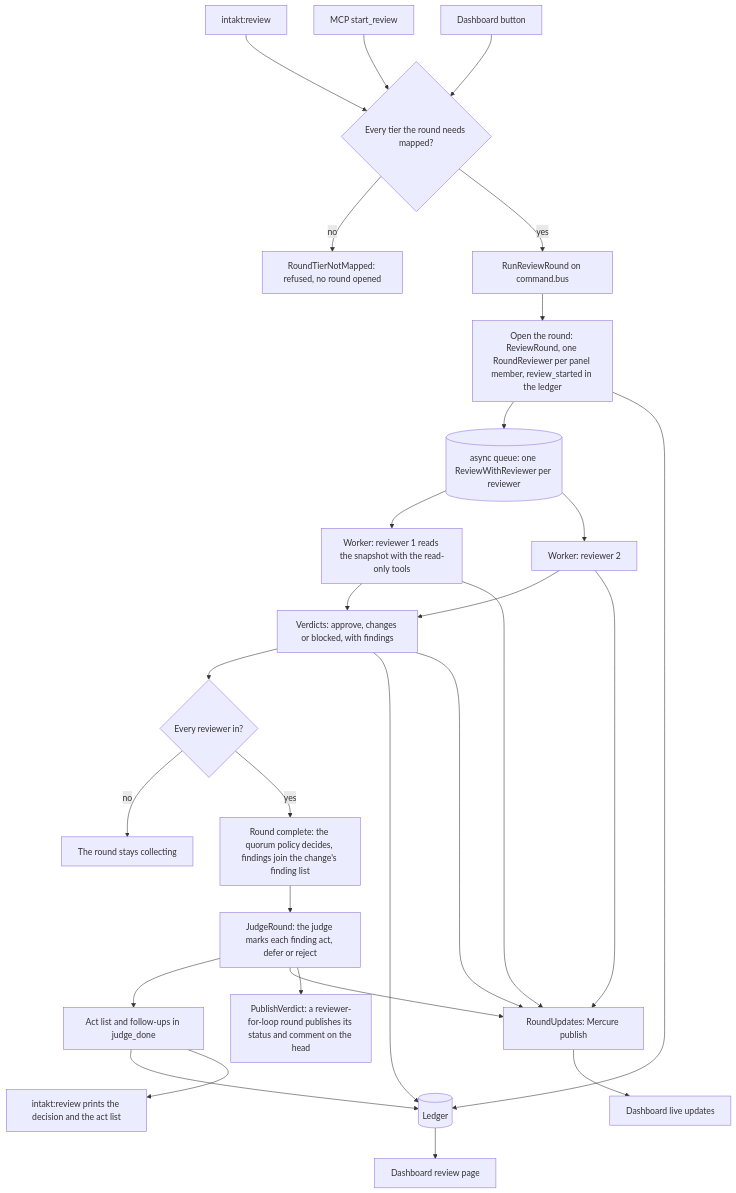
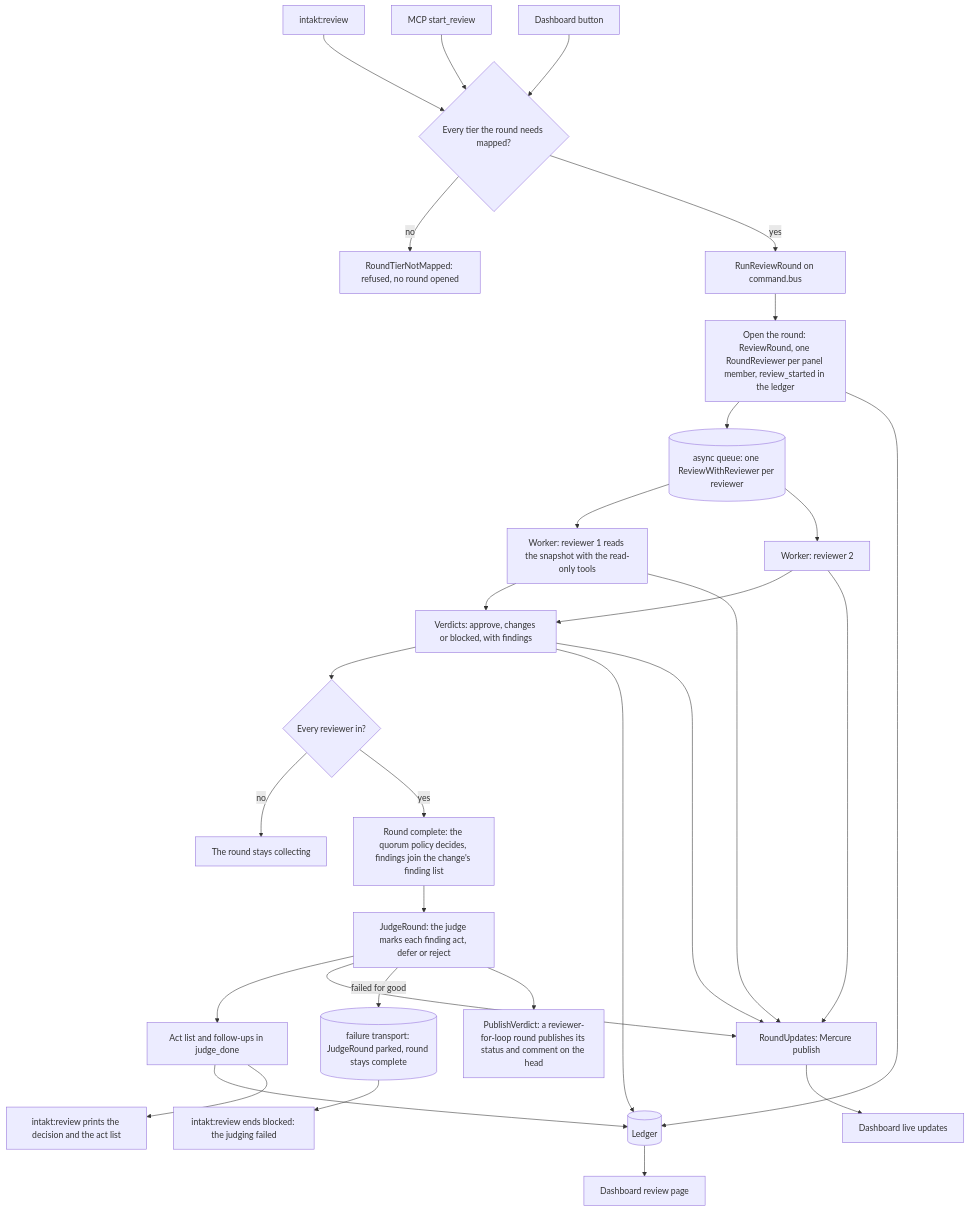
The diagram in docs/architecture/review-flow.md (shinyredapples/intakt), drawn with Mermaid before and after one commit. The commit also changed other lines of this file and 1 other file, not shown here.

Commit message:
docs(review): show the failed judging in the review flow and the round docs

````diff
--- a/docs/architecture/review-flow.md
+++ b/docs/architecture/review-flow.md
@@ -5,29 +5,31 @@
 ```mermaid
 flowchart TD
     cli["intakt:review"] --> start
     mcp["MCP start_review"] --> start
     btn["Dashboard button"] --> start
     start{"Every tier the round needs mapped?"} -->|no| refused["RoundTierNotMapped: refused, no round opened"]
     start -->|yes| run["RunReviewRound on command.bus"] --> open["Open the round: ReviewRound, one RoundReviewer per panel member, review_started in the ledger"]
     open --> queue[("async queue: one ReviewWithReviewer per reviewer")]
     queue --> w1["Worker: reviewer 1 reads the snapshot with the read-only tools"]
     queue --> w2["Worker: reviewer 2"]
     w1 --> verdicts["Verdicts: approve, changes or blocked, with findings"]
     w2 --> verdicts
     verdicts --> complete{"Every reviewer in?"}
     complete -->|no| wait["The round stays collecting"]
     complete -->|yes| quorum["Round complete: the quorum policy decides, findings join the change's finding list"]
     quorum --> judge["JudgeRound: the judge marks each finding act, defer or reject"]
     judge --> act["Act list and follow-ups in judge_done"]
     act --> ledger[("Ledger")]
     open --> ledger
     verdicts --> ledger
     ledger --> dash["Dashboard review page"]
     w1 --> updates["RoundUpdates: Mercure publish"]
     w2 --> updates
     verdicts --> updates
     judge --> updates
     updates --> live["Dashboard live updates"]
     act --> out["intakt:review prints the decision and the act list"]
+    judge -->|failed for good| failed[("failure transport: JudgeRound parked, round stays complete")]
+    failed --> outFailed["intakt:review ends blocked: the judging failed"]
     judge --> publish["PublishVerdict: a reviewer-for-loop round publishes its status and comment on the head"]
 ```
````
